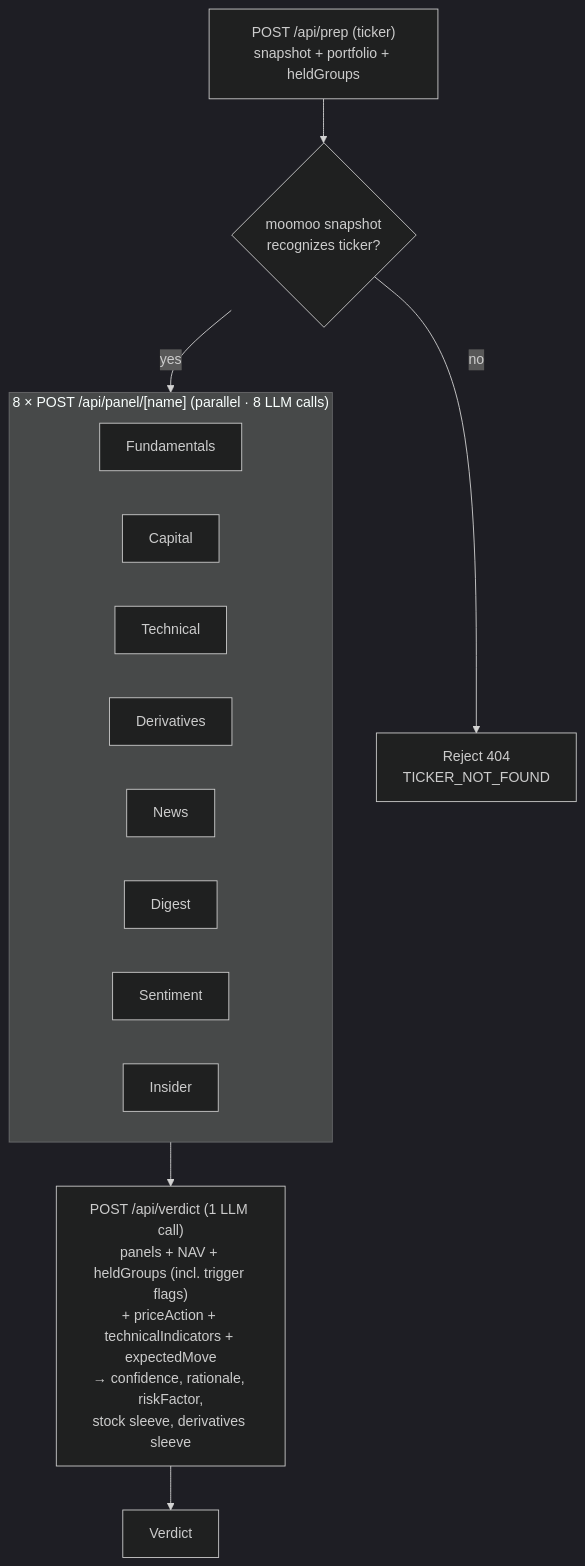
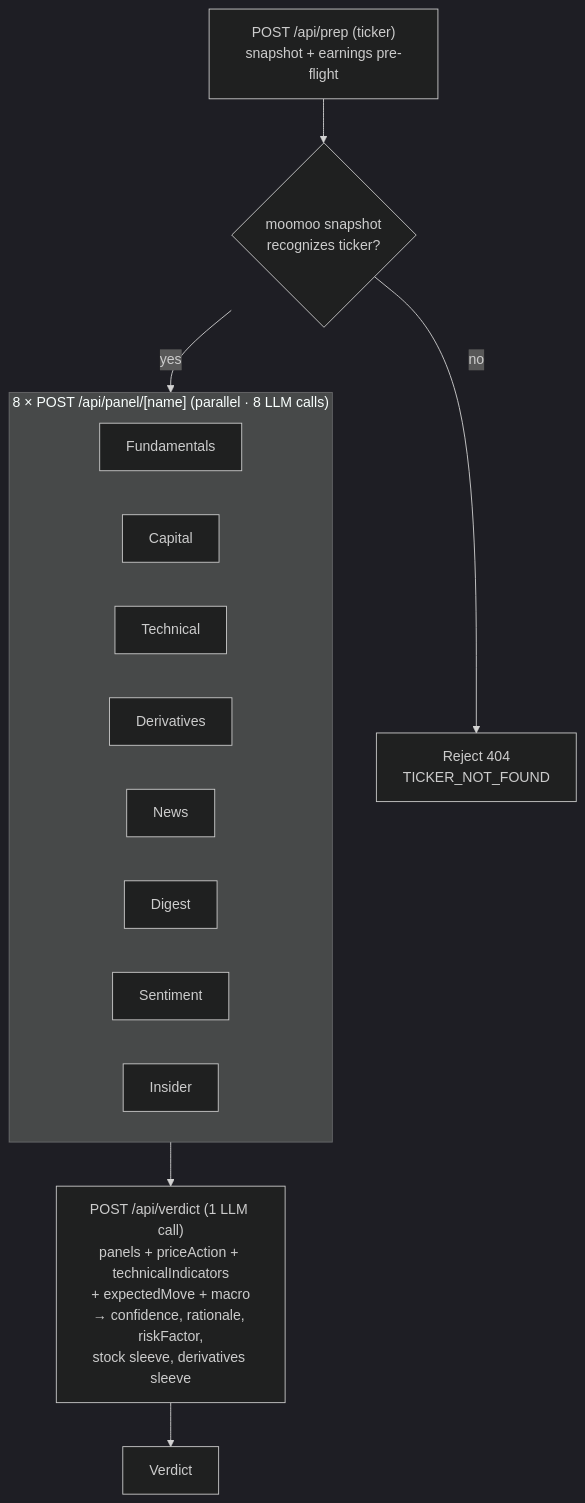
Before and after one commit to kaicong12/stock-analysis: the diagram in README.md, drawn with Mermaid (dark theme). The commit also changed other lines of this file and 49 other files, not shown here.

````diff
--- a/README.md
+++ b/README.md
@@ -111,22 +112,22 @@
 ```mermaid
 flowchart TD
-    A["POST /api/prep (ticker)<br/>snapshot + portfolio + heldGroups"] --> S0{"moomoo snapshot<br/>recognizes ticker?"}
+    A["POST /api/prep (ticker)<br/>snapshot + earnings pre-flight"] --> S0{"moomoo snapshot<br/>recognizes ticker?"}
     S0 -- no --> R["Reject 404<br/>TICKER_NOT_FOUND"]
     S0 -- yes --> S2
 
     subgraph S2["8 × POST /api/panel/[name] (parallel · 8 LLM calls)"]
         direction LR
         P1[Fundamentals]
         P2[Capital]
         P3[Technical]
         P4[Derivatives]
         P5[News]
         P6[Digest]
         P7[Sentiment]
         P8[Insider]
     end
 
-    S2 --> S3["POST /api/verdict (1 LLM call)<br/>panels + NAV + heldGroups (incl. trigger flags)<br/>+ priceAction + technicalIndicators + expectedMove<br/>→ confidence, rationale, riskFactor,<br/>stock sleeve, derivatives sleeve"]
+    S2 --> S3["POST /api/verdict (1 LLM call)<br/>panels + priceAction + technicalIndicators<br/>+ expectedMove + macro<br/>→ confidence, rationale, riskFactor,<br/>stock sleeve, derivatives sleeve"]
 
     S3 --> OUT["Verdict"]
 ```
````
